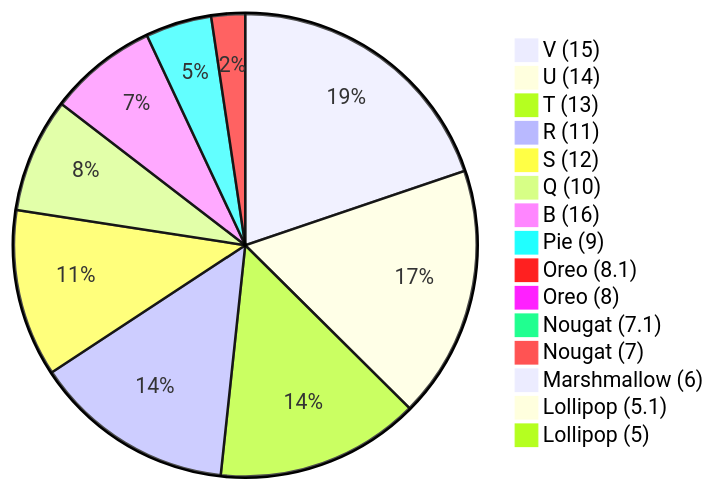
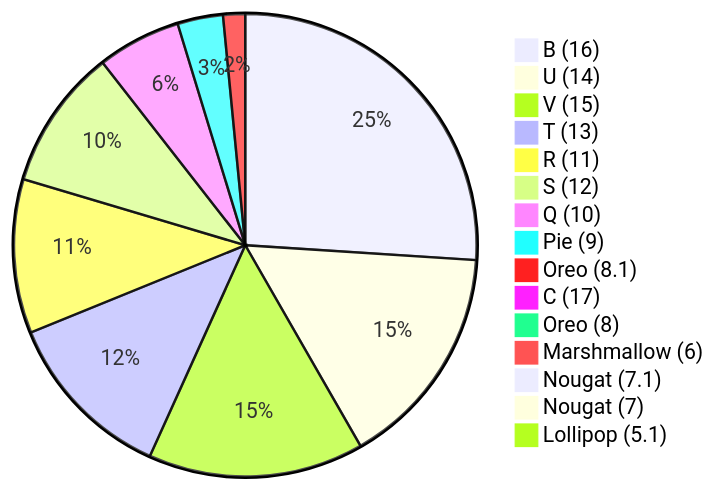
One commit to SimonMarquis/Android-Version-Distribution changed the diagram in README.md. Above: the diagram before and after it, drawn with Mermaid. The commit also changed other lines of this file and 1 other file, not shown here.

````diff
--- a/README.md
+++ b/README.md
@@ -23,18 +23,18 @@
 ```mermaid
 pie
-    "V (15)" : 19.3
-    "U (14)" : 17.2
-    "T (13)" : 13.9
-    "R (11)" : 13.7
-    "S (12)" : 11.4
-    "Q (10)" : 7.8
-    "B (16)" : 7.4
-    "Pie (9)" : 4.5
-    "Oreo (8.1)" : 2.3
-    "Oreo (8)" : 0.8
-    "Nougat (7.1)" : 0.4
-    "Nougat (7)" : 0.4
-    "Marshmallow (6)" : 0.4
-    "Lollipop (5.1)" : 0.3
-    "Lollipop (5)" : 0.1
+    "B (16)" : 25.4
+    "U (14)" : 15.3
+    "V (15)" : 14.7
+    "T (13)" : 11.8
+    "R (11)" : 10.5
+    "S (12)" : 9.6
+    "Q (10)" : 5.7
+    "Pie (9)" : 3.1
+    "Oreo (8.1)" : 1.5
+    "C (17)" : 0.9
+    "Oreo (8)" : 0.5
+    "Marshmallow (6)" : 0.3
+    "Nougat (7.1)" : 0.2
+    "Nougat (7)" : 0.2
+    "Lollipop (5.1)" : 0.2
 ```
````
